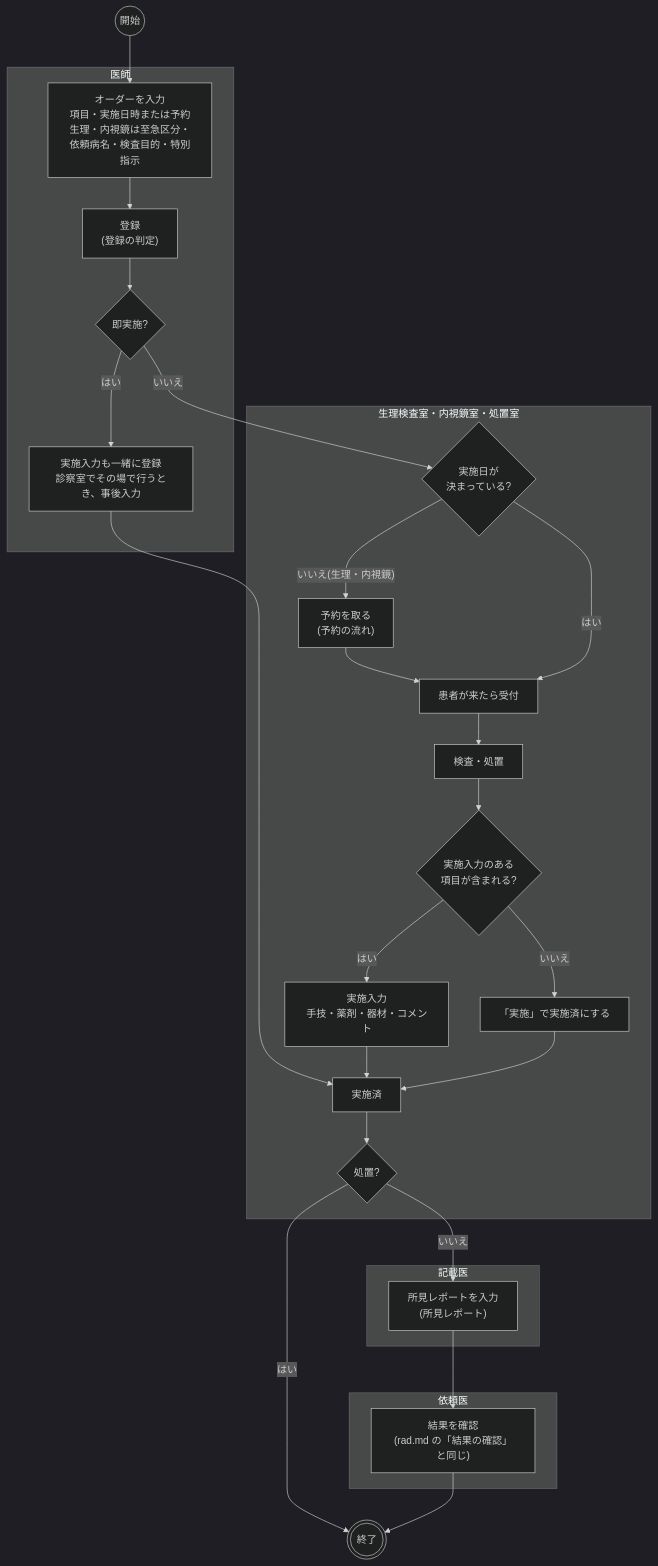
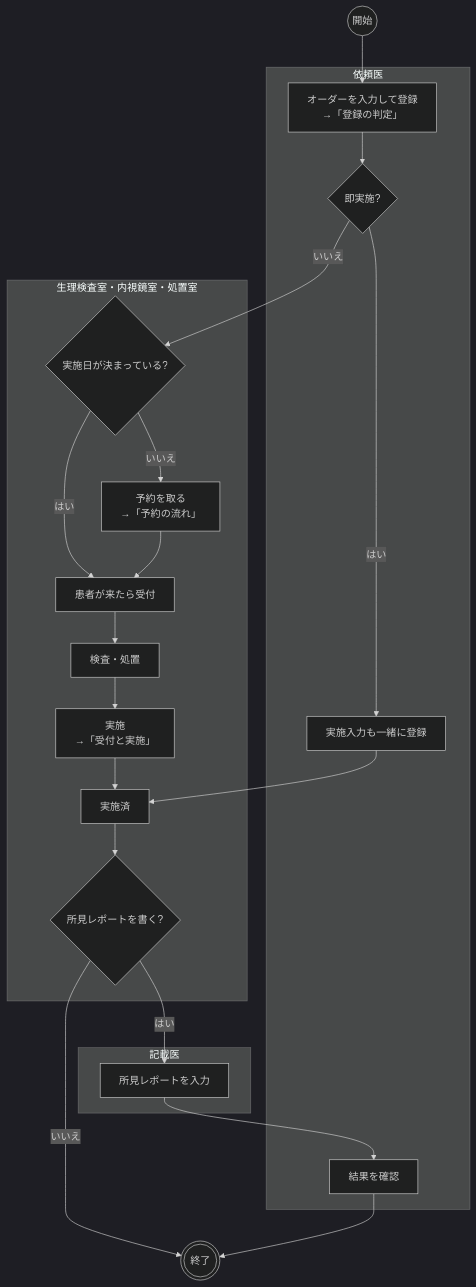
The first of 4 diagrams in docs/flows/physio-endoscopy-treatment.md (ysnr-dev/fhir-client-docs), drawn with Mermaid (dark theme) before and after one commit. The commit also changed other lines of this file and 43 other files, not shown here.

Commit message:
docs: 業務フローとシーケンス図を写し直し

````diff
--- a/docs/flows/physio-endoscopy-treatment.md
+++ b/docs/flows/physio-endoscopy-treatment.md
@@ -49,44 +13,35 @@
 ```mermaid
 flowchart TD
   start(("開始"))
   finish((("終了")))
 
-  subgraph doctor["医師"]
-    input["オーダーを入力<br/>項目・実施日時または予約<br/>生理・内視鏡は至急区分・依頼病名・検査目的・特別指示"]
-    register["登録<br/>(登録の判定)"]
+  subgraph doctor["依頼医"]
+    input["オーダーを入力して登録<br/>→「登録の判定」"]
     now{"即実施?"}
-    nowPerform["実施入力も一緒に登録<br/>診察室でその場で行うとき、事後入力"]
+    nowPerform["実施入力も一緒に登録"]
+    confirm["結果を確認"]
   end
 
   subgraph dept["生理検査室・内視鏡室・処置室"]
-    dated{"実施日が<br/>決まっている?"}
-    book["予約を取る<br/>(予約の流れ)"]
+    dated{"実施日が決まっている?"}
+    book["予約を取る<br/>→「予約の流れ」"]
     accept["患者が来たら受付"]
     exam["検査・処置"]
-    needInput{"実施入力のある<br/>項目が含まれる?"}
-    perform["実施入力<br/>手技・薬剤・器材・コメント"]
-    complete["「実施」で実施済にする"]
+    perform["実施<br/>→「受付と実施」"]
     done["実施済"]
-    kind{"処置?"}
+    kind{"所見レポートを書く?"}
   end
 
   subgraph writer["記載医"]
-    report["所見レポートを入力<br/>(所見レポート)"]
+    report["所見レポートを入力"]
   end
 
-  subgraph review["依頼医"]
-    confirm["結果を確認<br/>(rad.md の「結果の確認」と同じ)"]
-  end
-
-  start --> input --> register --> now
+  start --> input --> now
   now -- "はい" --> nowPerform --> done
   now -- "いいえ" --> dated
-  dated -- "いいえ(生理・内視鏡)" --> book --> accept
+  dated -- "いいえ" --> book --> accept
   dated -- "はい" --> accept
-  accept --> exam --> needInput
-  needInput -- "はい" --> perform --> done
-  needInput -- "いいえ" --> complete --> done
-  done --> kind
-  kind -- "はい" --> finish
-  kind -- "いいえ" --> report --> confirm --> finish
+  accept --> exam --> perform --> done --> kind
+  kind -- "はい" --> report --> confirm --> finish
+  kind -- "いいえ" --> finish
 ```
````
